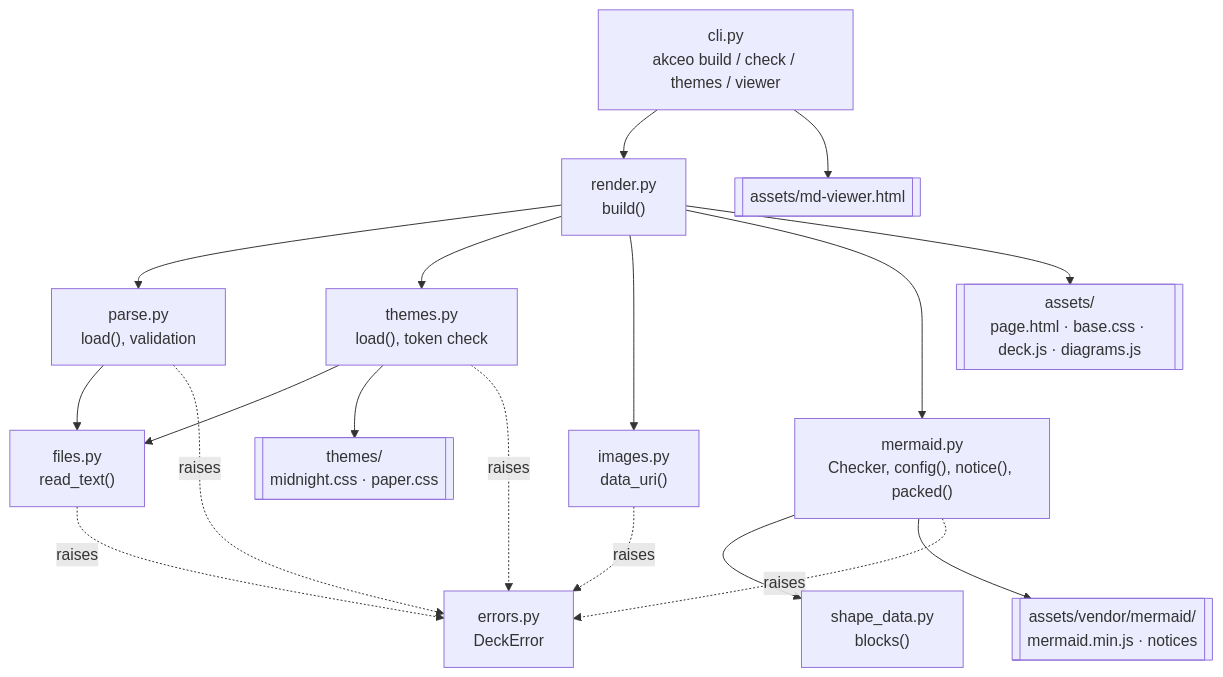
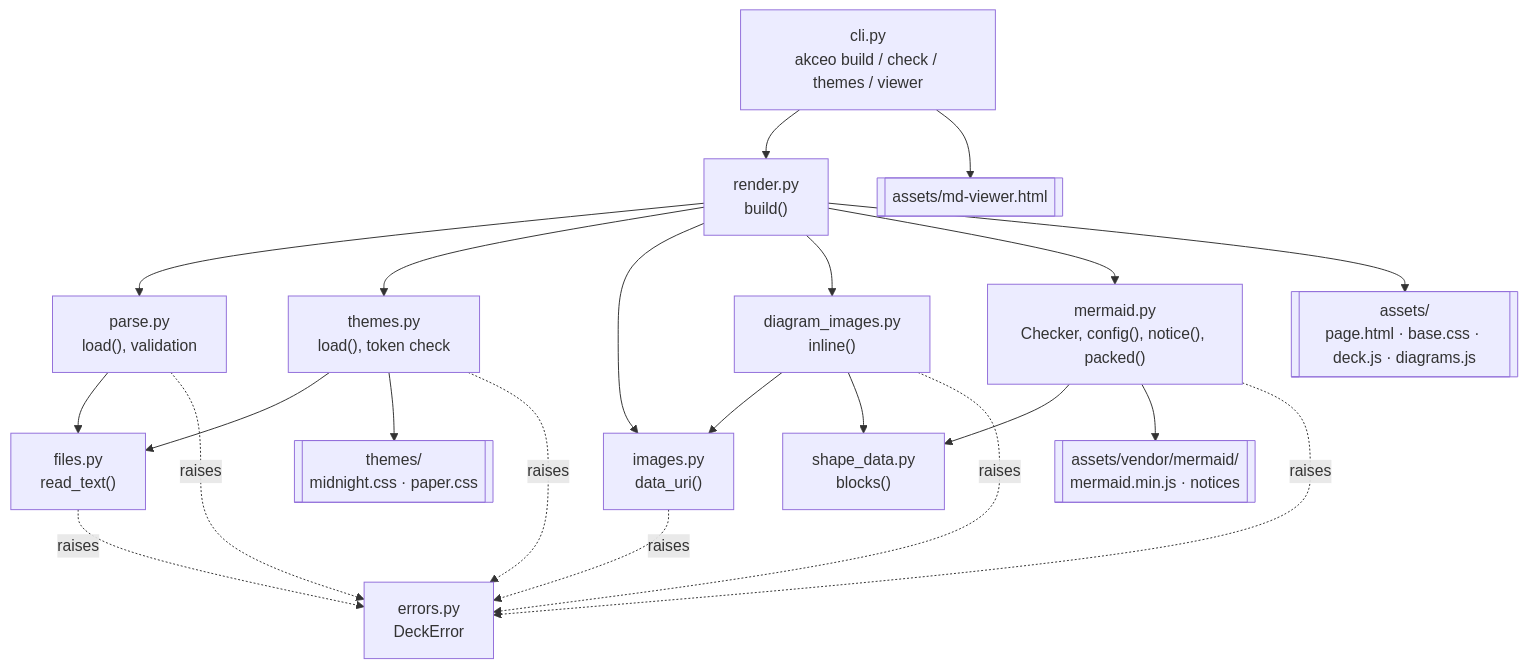
The fifth of 11 diagrams in docs/how-it-works.md (LunarCommand/akceo), drawn with Mermaid before and after one commit. The commit also changed other lines of this file and 12 other files, not shown here.

First line of the commit message:
Inline image files named in diagrams

````diff
--- a/docs/how-it-works.md
+++ b/docs/how-it-works.md
@@ -197,20 +197,24 @@
 ```mermaid
 flowchart TD
     cli["cli.py<br/>akceo build / check / themes / viewer"] --> render["render.py<br/>build()"]
     render --> parse["parse.py<br/>load(), validation"]
     parse --> files["files.py<br/>read_text()"]
     render --> themes["themes.py<br/>load(), token check"]
     themes --> files
     render --> images["images.py<br/>data_uri()"]
+    render --> dimages["diagram_images.py<br/>inline()"]
+    dimages --> images
+    dimages --> shape["shape_data.py<br/>blocks()"]
     render --> mermaid["mermaid.py<br/>Checker, config(), notice(), packed()"]
-    mermaid --> shape["shape_data.py<br/>blocks()"]
+    mermaid --> shape
     mermaid --> vendor[["assets/vendor/mermaid/<br/>mermaid.min.js · notices"]]
     render --> assets[["assets/<br/>page.html · base.css · deck.js · diagrams.js"]]
     themes --> builtin[["themes/<br/>midnight.css · paper.css"]]
     cli --> viewer[["assets/md-viewer.html"]]
     parse -.->|raises| err["errors.py<br/>DeckError"]
     themes -.->|raises| err
     images -.->|raises| err
+    dimages -.->|raises| err
     mermaid -.->|raises| err
     files -.->|raises| err
 ```
````
